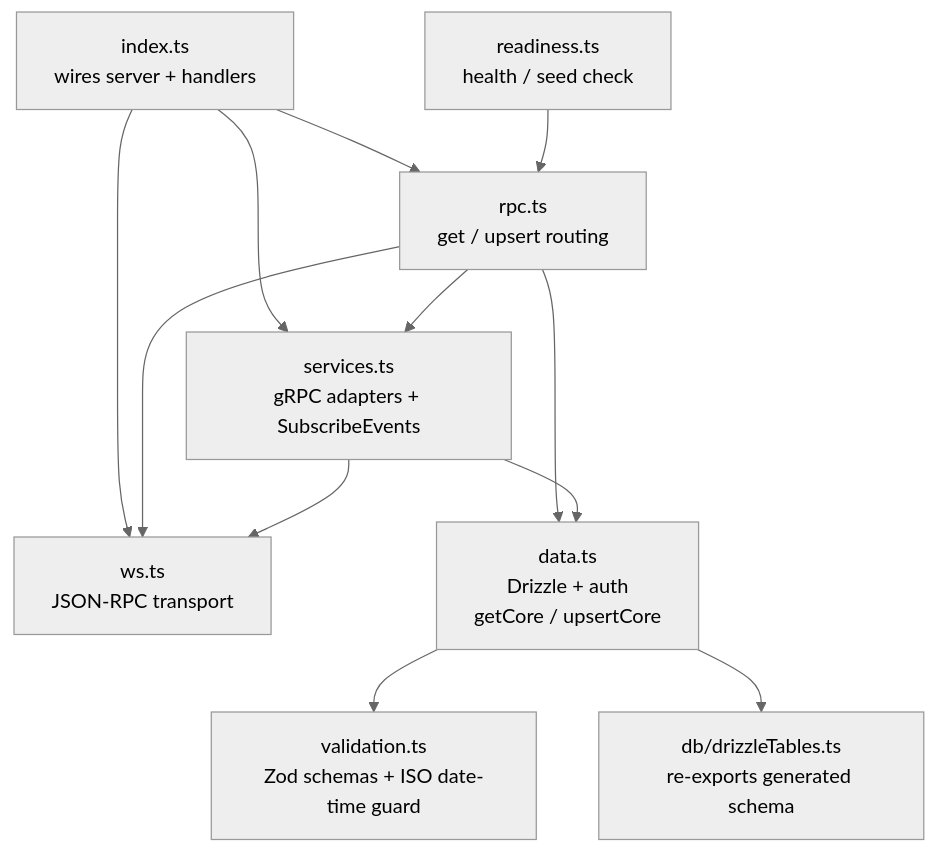
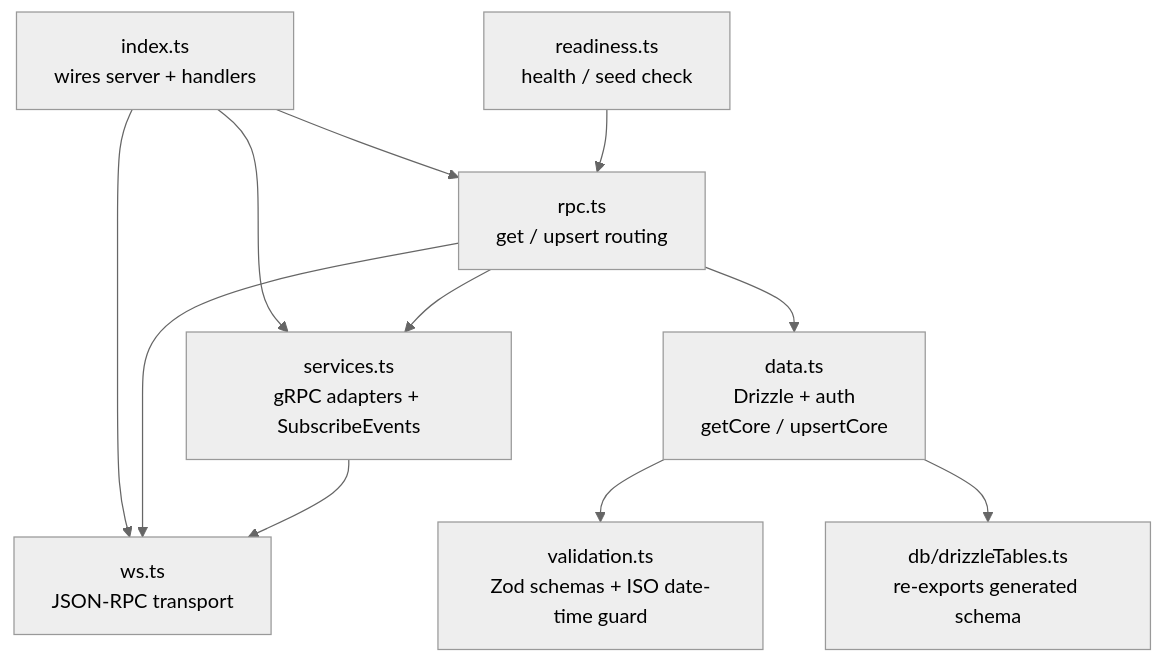
Before and after one commit to EVY-Platform/evy: the third of 3 diagrams in api/README.md, drawn with Mermaid (neutral theme). The commit also changed other lines of this file and 102 other files, not shown here.

````diff
--- a/api/README.md
+++ b/api/README.md
@@ -99,23 +94,22 @@
 ```mermaid
 flowchart TD
     index[index.ts<br/>wires server + handlers]
     ws[ws.ts<br/>JSON-RPC transport]
     rpc[rpc.ts<br/>get / upsert routing]
     data[data.ts<br/>Drizzle + auth<br/>getCore / upsertCore]
     services[services.ts<br/>gRPC adapters + SubscribeEvents]
     validation[validation.ts<br/>Zod schemas + ISO date-time guard]
     readiness[readiness.ts<br/>health / seed check]
     drizzleTables[db/drizzleTables.ts<br/>re-exports generated schema]
 
     index --> ws
     index --> rpc
     index --> services
     rpc --> data
     rpc --> services
     rpc --> ws
     data --> validation
     data --> drizzleTables
-    services --> data
     services --> ws
     readiness --> rpc
 ```
````
